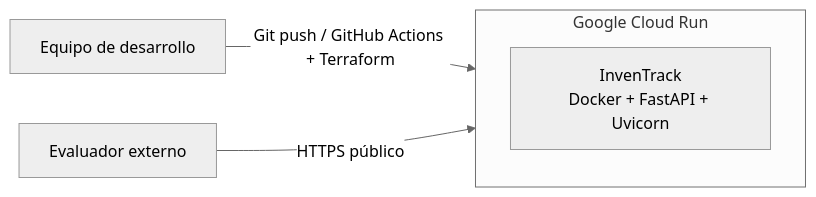
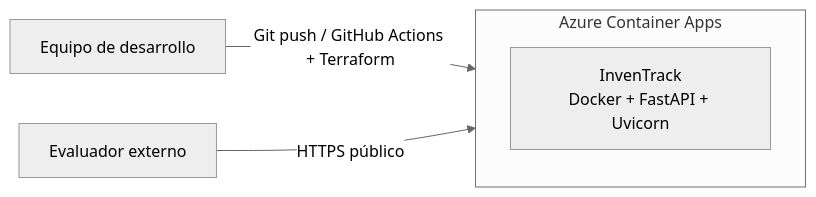
Before and after one commit to ISCOUTB/AS_202620_InvenTrack: the fifth of 7 diagrams in docs/arc42/arc42-template-EN.md, drawn with Mermaid (neutral theme). The commit also changed other lines of this file and 8 other files, not shown here.

Commit message:
Migrate deployment from Google Cloud to Azure Container Apps

````diff
--- a/docs/arc42/arc42-template-EN.md
+++ b/docs/arc42/arc42-template-EN.md
@@ -408,14 +409,14 @@
 ```mermaid
 flowchart LR
 
     DEV["Equipo de desarrollo"]
 
-    subgraph CLOUD["Google Cloud Run"]
+    subgraph CLOUD["Azure Container Apps"]
 
       APP["InvenTrack<br/>Docker + FastAPI + Uvicorn"]
 
     end
 
     DEV -->|"Git push / GitHub Actions + Terraform"| CLOUD
     USER["Evaluador externo"] -->|"HTTPS público"| CLOUD
 ```
````
